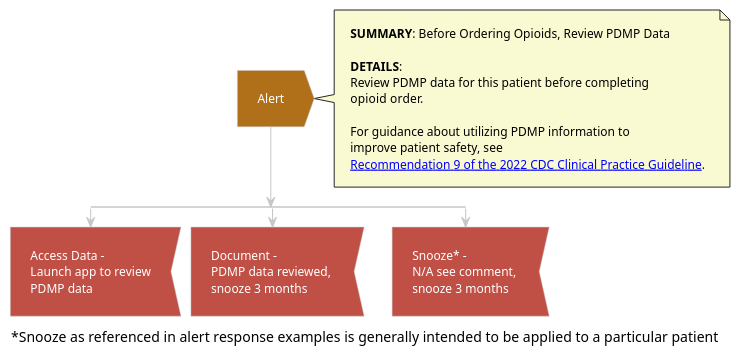
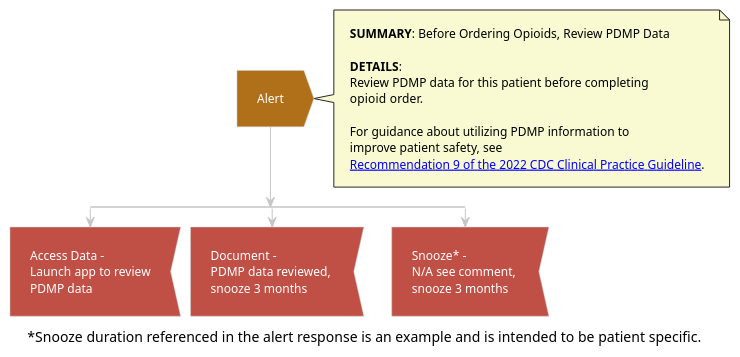
One commit to cqframework/opioid-cds-r4 changed the diagram in input/images-source/alert_rec09_ordersign.plantuml. Above: the diagram before and after it, drawn with PlantUML. The commit also changed 6 other files, not shown here.

Commit message:
Updated alert captions regarding snooze durations per feedback

```diff
--- a/input/images-source/alert_rec09_ordersign.plantuml
+++ b/input/images-source/alert_rec09_ordersign.plantuml
@@ -1,44 +1,44 @@
 @startuml alert_rec09_ordersign
 !theme carbon-gray
 <style>
 activityDiagram {
  FontColor white
  arrow {
   FontColor: Black
  }
  note {
   FontColor: Black
   BackgroundColor: #fafad2
  }
 }
 </style>
 #b06f19:Alert;<<output>>
 note right
 **SUMMARY**: Before Ordering Opioids, Review PDMP Data
 
 **DETAILS**:
 Review PDMP data for this patient before completing 
 opioid order.
 
 For guidance about utilizing PDMP information to 
 improve patient safety, see 
 [[https://www.cdc.gov/mmwr/volumes/71/rr/rr7103a1.htm#Recommendation9 Recommendation 9 of the 2022 CDC Clinical Practice Guideline]].
 end note
 split
 #c05046:Access Data - 
 Launch app to review
 PDMP data;<<input>>
 kill
 split again
 #c05046:Document - 
 PDMP data reviewed, 
 snooze 3 months;<<input>>
 kill
 split again
 #c05046:Snooze* - 
 N/A see comment, 
 snooze 3 months;<<input>>
 kill
 end split
-caption ~*Snooze as referenced in alert response examples is generally intended to be applied to a particular patient
+caption ~*Snooze duration referenced in the alert response is an example and is intended to be patient specific.
 @enduml
```
